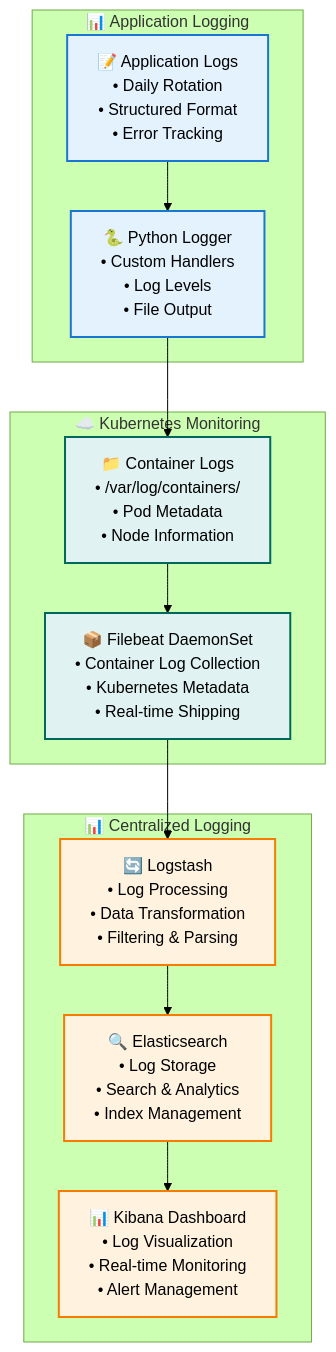
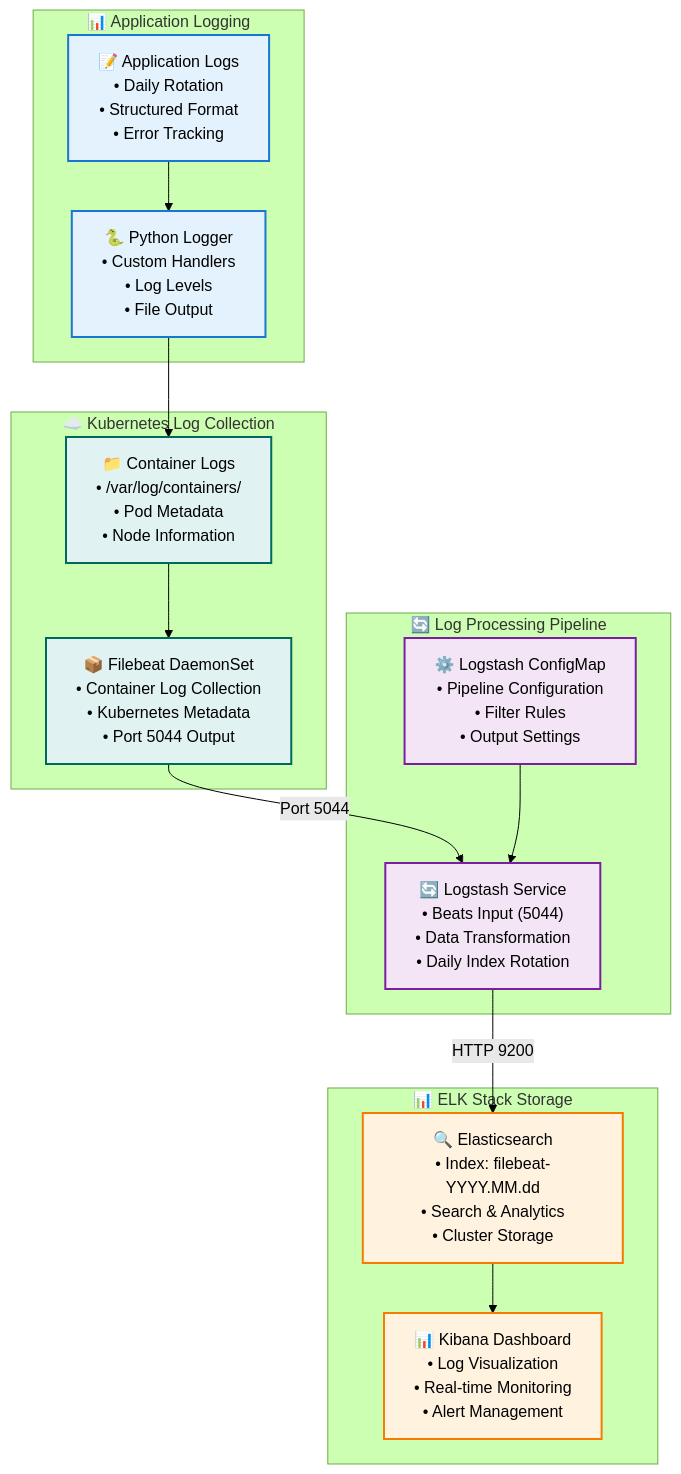
The ninth of 9 diagrams in HLD_Document.md (neerajprasad209/LLM-POWERED-TRAVELL_PLANNER), drawn with Mermaid (forest theme) before and after one commit. The commit also changed other lines of this file, not shown here.

````diff
--- a/HLD_Document.md
+++ b/HLD_Document.md
@@ -611,33 +614,40 @@
 ```mermaid
 graph TB
     subgraph "📊 Application Logging"
         APP_LOGS["📝 Application Logs<br/>• Daily Rotation<br/>• Structured Format<br/>• Error Tracking"]
         PYTHON_LOGGER["🐍 Python Logger<br/>• Custom Handlers<br/>• Log Levels<br/>• File Output"]
     end
     
-    subgraph "☁️ Kubernetes Monitoring"
-        FILEBEAT["📦 Filebeat DaemonSet<br/>• Container Log Collection<br/>• Kubernetes Metadata<br/>• Real-time Shipping"]
+    subgraph "☁️ Kubernetes Log Collection"
+        FILEBEAT["📦 Filebeat DaemonSet<br/>• Container Log Collection<br/>• Kubernetes Metadata<br/>• Port 5044 Output"]
         K8S_LOGS["📁 Container Logs<br/>• /var/log/containers/<br/>• Pod Metadata<br/>• Node Information"]
     end
     
-    subgraph "📊 Centralized Logging"
-        LOGSTASH["🔄 Logstash<br/>• Log Processing<br/>• Data Transformation<br/>• Filtering & Parsing"]
-        ELASTICSEARCH["🔍 Elasticsearch<br/>• Log Storage<br/>• Search & Analytics<br/>• Index Management"]
+    subgraph "🔄 Log Processing Pipeline"
+        LOGSTASH["🔄 Logstash Service<br/>• Beats Input (5044)<br/>• Data Transformation<br/>• Daily Index Rotation"]
+        LOGSTASH_CONFIG["⚙️ Logstash ConfigMap<br/>• Pipeline Configuration<br/>• Filter Rules<br/>• Output Settings"]
+    end
+    
+    subgraph "📊 ELK Stack Storage"
+        ELASTICSEARCH["🔍 Elasticsearch<br/>• Index: filebeat-YYYY.MM.dd<br/>• Search & Analytics<br/>• Cluster Storage"]
         KIBANA["📊 Kibana Dashboard<br/>• Log Visualization<br/>• Real-time Monitoring<br/>• Alert Management"]
     end
     
     APP_LOGS --> PYTHON_LOGGER
     PYTHON_LOGGER --> K8S_LOGS
     K8S_LOGS --> FILEBEAT
-    FILEBEAT --> LOGSTASH
-    LOGSTASH --> ELASTICSEARCH
+    FILEBEAT -->|Port 5044| LOGSTASH
+    LOGSTASH_CONFIG --> LOGSTASH
+    LOGSTASH -->|HTTP 9200| ELASTICSEARCH
     ELASTICSEARCH --> KIBANA
     
     classDef app fill:#e3f2fd,stroke:#1976d2,stroke-width:2px,color:#000000
     classDef k8s fill:#e0f2f1,stroke:#00695c,stroke-width:2px,color:#000000
+    classDef pipeline fill:#f3e5f5,stroke:#7b1fa2,stroke-width:2px,color:#000000
     classDef elk fill:#fff3e0,stroke:#f57c00,stroke-width:2px,color:#000000
     
     class APP_LOGS,PYTHON_LOGGER app
     class FILEBEAT,K8S_LOGS k8s
-    class LOGSTASH,ELASTICSEARCH,KIBANA elk
+    class LOGSTASH,LOGSTASH_CONFIG pipeline
+    class ELASTICSEARCH,KIBANA elk
 ```
````
